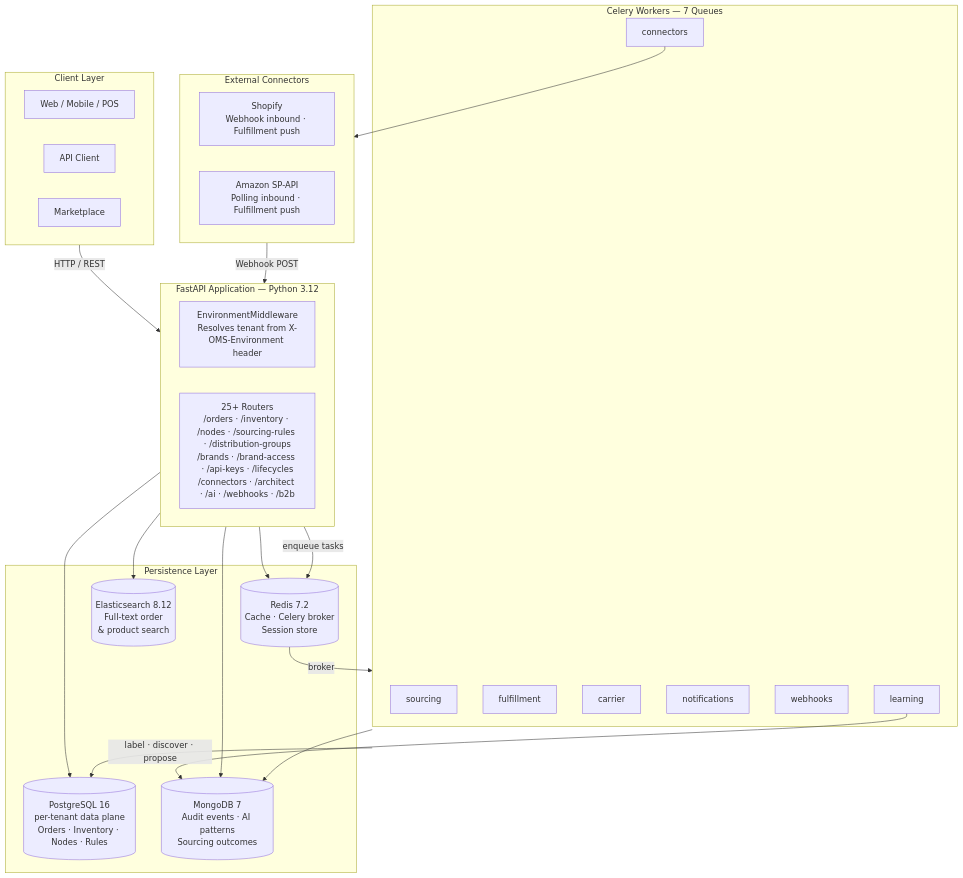
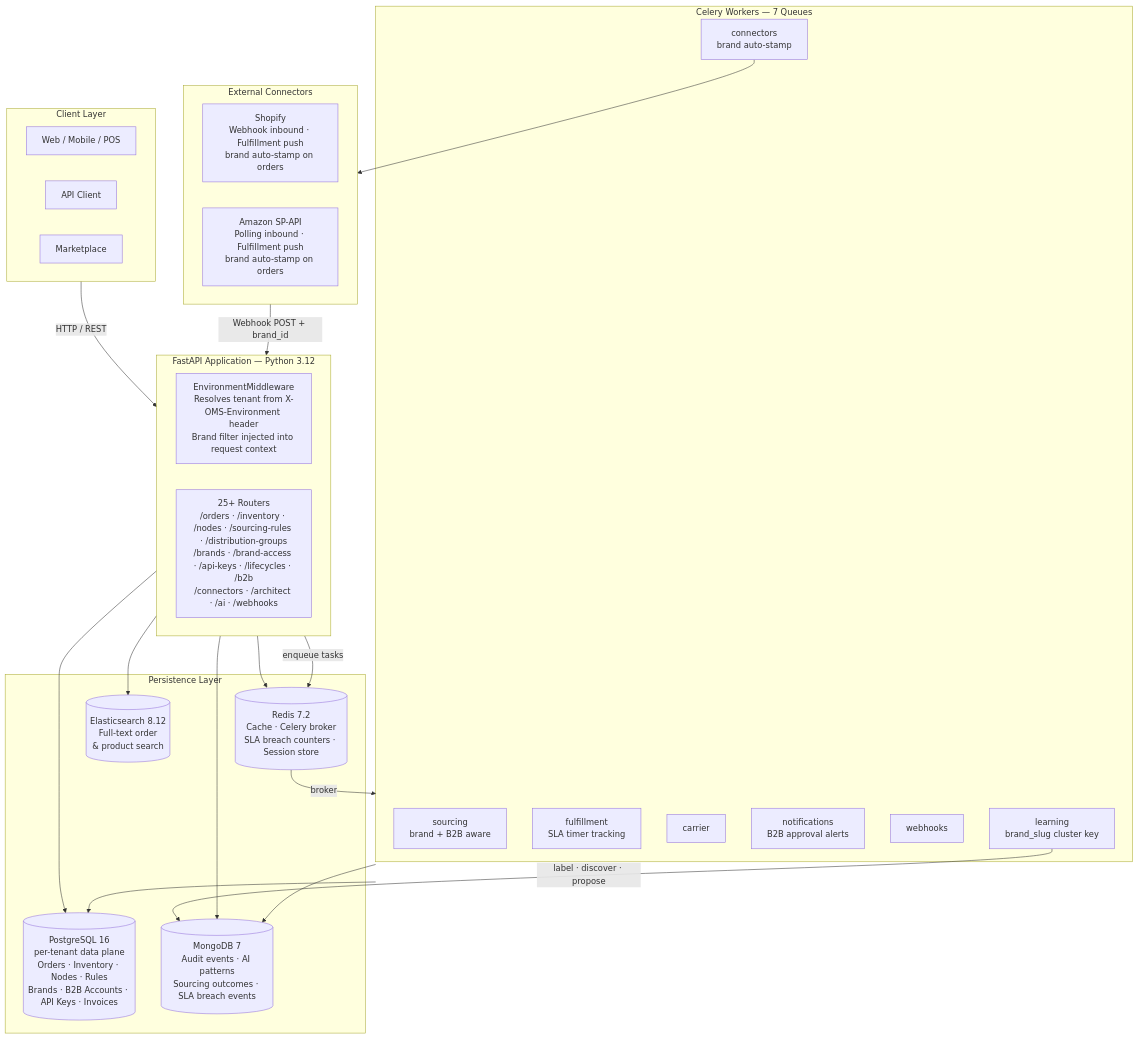
One commit to KubeRiva/OMS changed the first of 4 diagrams in README.md. Above: the diagram before and after it, drawn with Mermaid. The commit also changed other lines of this file, not shown here.

Commit message:
docs: fix Mermaid parse error and update diagrams for B2B + brand
- Fix parse error: escape pipe chars in LABEL node (brand_slug cluster key label)
- System Architecture: add brand auto-stamp to connector nodes, brand/B2B to PG
  layer, SLA breach events to MongoDB, SLA counters to Redis, brand/B2B context
  to all 7 worker queue labels
- Request Lifecycle prose: add brand stamping step, B2B approval gate step, SLA
  timer start, brand_slug cluster key in learning worker step
- AI Sourcing Flow: already shows brand filter, DG resolution, B2B conditions (no
  further changes needed)
- Order Lifecycle stateDiagram: already shows PENDING_APPROVAL state (no changes)

````diff
--- a/README.md
+++ b/README.md
@@ -230,44 +230,44 @@
 ```mermaid
 graph TB
     subgraph clients[" Client Layer "]
         WEB["Web / Mobile / POS"]
         APIC["API Client"]
         MKT["Marketplace"]
     end
 
     subgraph ext[" External Connectors "]
-        SHP["Shopify\nWebhook inbound · Fulfillment push"]
-        AMZ["Amazon SP-API\nPolling inbound · Fulfillment push"]
+        SHP["Shopify\nWebhook inbound · Fulfillment push\nbrand auto-stamp on orders"]
+        AMZ["Amazon SP-API\nPolling inbound · Fulfillment push\nbrand auto-stamp on orders"]
     end
 
     subgraph app[" FastAPI Application — Python 3.12 "]
-        MW["EnvironmentMiddleware\nResolves tenant from X-OMS-Environment header"]
-        RT["25+ Routers\n/orders · /inventory · /nodes · /sourcing-rules · /distribution-groups\n/brands · /brand-access · /api-keys · /lifecycles\n/connectors · /architect · /ai · /webhooks · /b2b"]
+        MW["EnvironmentMiddleware\nResolves tenant from X-OMS-Environment header\nBrand filter injected into request context"]
+        RT["25+ Routers\n/orders · /inventory · /nodes · /sourcing-rules · /distribution-groups\n/brands · /brand-access · /api-keys · /lifecycles · /b2b\n/connectors · /architect · /ai · /webhooks"]
     end
 
     subgraph db[" Persistence Layer "]
-        PG[("PostgreSQL 16\nper-tenant data plane\nOrders · Inventory · Nodes · Rules")]
-        MG[("MongoDB 7\nAudit events · AI patterns\nSourcing outcomes")]
-        RD[("Redis 7.2\nCache · Celery broker\nSession store")]
+        PG[("PostgreSQL 16\nper-tenant data plane\nOrders · Inventory · Nodes · Rules\nBrands · B2B Accounts · API Keys · Invoices")]
+        MG[("MongoDB 7\nAudit events · AI patterns\nSourcing outcomes · SLA breach events")]
+        RD[("Redis 7.2\nCache · Celery broker\nSLA breach counters · Session store")]
         ES[("Elasticsearch 8.12\nFull-text order\n& product search")]
     end
 
     subgraph workers[" Celery Workers — 7 Queues "]
-        Q1["sourcing"]
-        Q2["fulfillment"]
+        Q1["sourcing\nbrand + B2B aware"]
+        Q2["fulfillment\nSLA timer tracking"]
         Q3["carrier"]
-        Q4["notifications"]
+        Q4["notifications\nB2B approval alerts"]
         Q5["webhooks"]
-        Q6["connectors"]
-        Q7["learning"]
+        Q6["connectors\nbrand auto-stamp"]
+        Q7["learning\nbrand_slug cluster key"]
     end
 
     clients -->|"HTTP / REST"| app
-    ext -->|"Webhook POST"| app
+    ext -->|"Webhook POST + brand_id"| app
     app --> PG & MG & RD & ES
     app -->|"enqueue tasks"| RD
     RD -->|"broker"| workers
     workers --> PG & MG
     Q6 --> ext
     Q7 -->|"label · discover · propose"| MG
 ```
````
